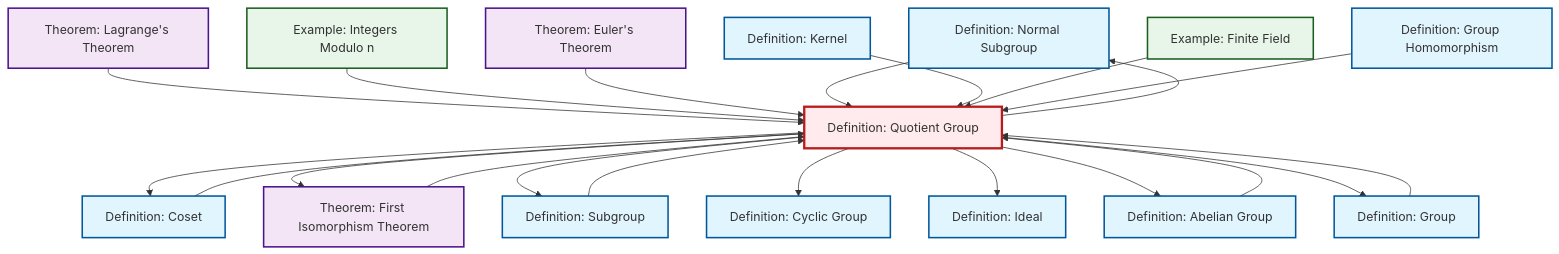
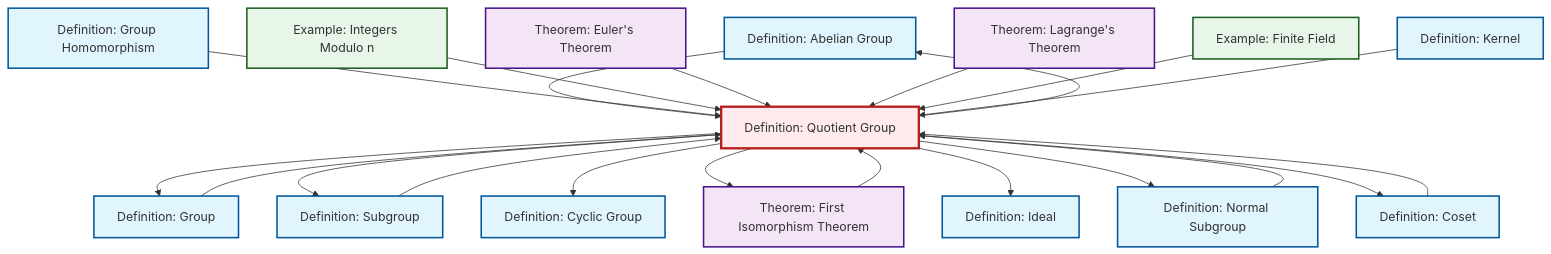
The diagram in content/ja/algebra/def-quotient-group.qmd (RK0429/ModernMath), drawn with Mermaid before and after one commit. The commit also changed other lines of this file and 531 other files, not shown here.

````diff
--- a/content/ja/algebra/def-quotient-group.qmd
+++ b/content/ja/algebra/def-quotient-group.qmd
@@ -143,59 +145,59 @@
 ```{mermaid}
 %%| fig-cap: "Local dependency graph"
 graph TD
     classDef definition fill:#e1f5fe,stroke:#01579b,stroke-width:2px
     classDef theorem fill:#f3e5f5,stroke:#4a148c,stroke-width:2px
     classDef axiom fill:#fff3e0,stroke:#e65100,stroke-width:2px
     classDef example fill:#e8f5e9,stroke:#1b5e20,stroke-width:2px
     classDef current fill:#ffebee,stroke:#b71c1c,stroke-width:3px
+    def-ideal["Definition: Ideal"]:::definition
+    def-abelian-group["Definition: Abelian Group"]:::definition
+    def-cyclic-group["Definition: Cyclic Group"]:::definition
+    ex-finite-field["Example: Finite Field"]:::example
+    def-quotient-group["Definition: Quotient Group"]:::definition
+    def-homomorphism["Definition: Group Homomorphism"]:::definition
+    thm-euler["Theorem: Euler's Theorem"]:::theorem
+    thm-first-isomorphism["Theorem: First Isomorphism Theorem"]:::theorem
+    def-group["Definition: Group"]:::definition
     def-normal-subgroup["Definition: Normal Subgroup"]:::definition
-    thm-first-isomorphism["Theorem: First Isomorphism Theorem"]:::theorem
-    def-kernel["Definition: Kernel"]:::definition
-    def-ideal["Definition: Ideal"]:::definition
-    def-homomorphism["Definition: Group Homomorphism"]:::definition
-    def-coset["Definition: Coset"]:::definition
+    def-subgroup["Definition: Subgroup"]:::definition
     ex-quotient-integers-mod-n["Example: Integers Modulo n"]:::example
     thm-lagrange["Theorem: Lagrange's Theorem"]:::theorem
-    def-quotient-group["Definition: Quotient Group"]:::definition
-    thm-euler["Theorem: Euler's Theorem"]:::theorem
-    def-cyclic-group["Definition: Cyclic Group"]:::definition
-    def-subgroup["Definition: Subgroup"]:::definition
-    def-group["Definition: Group"]:::definition
-    ex-finite-field["Example: Finite Field"]:::example
-    def-abelian-group["Definition: Abelian Group"]:::definition
+    def-coset["Definition: Coset"]:::definition
+    def-kernel["Definition: Kernel"]:::definition
+    def-group --> def-quotient-group
+    def-abelian-group --> def-quotient-group
+    def-coset --> def-quotient-group
+    thm-first-isomorphism --> def-quotient-group
+    def-quotient-group --> def-group
+    def-subgroup --> def-quotient-group
+    def-quotient-group --> def-subgroup
+    def-homomorphism --> def-quotient-group
+    ex-quotient-integers-mod-n --> def-quotient-group
+    thm-euler --> def-quotient-group
+    def-quotient-group --> def-cyclic-group
     thm-lagrange --> def-quotient-group
-    def-subgroup --> def-quotient-group
+    ex-finite-field --> def-quotient-group
+    def-kernel --> def-quotient-group
+    def-quotient-group --> def-abelian-group
+    def-quotient-group --> thm-first-isomorphism
+    def-quotient-group --> def-ideal
+    def-quotient-group --> def-normal-subgroup
     def-quotient-group --> def-coset
-    ex-quotient-integers-mod-n --> def-quotient-group
-    def-quotient-group --> thm-first-isomorphism
-    def-coset --> def-quotient-group
-    thm-euler --> def-quotient-group
-    def-quotient-group --> def-subgroup
-    def-quotient-group --> def-normal-subgroup
-    def-quotient-group --> def-cyclic-group
     def-normal-subgroup --> def-quotient-group
-    def-kernel --> def-quotient-group
-    def-group --> def-quotient-group
-    ex-finite-field --> def-quotient-group
-    def-abelian-group --> def-quotient-group
-    def-quotient-group --> def-ideal
-    thm-first-isomorphism --> def-quotient-group
-    def-quotient-group --> def-abelian-group
-    def-quotient-group --> def-group
-    def-homomorphism --> def-quotient-group
     class def-quotient-group current
+    click def-ideal "def-ideal.html" "Definition: Idealへ"
+    click def-abelian-group "def-abelian-group.html" "Definition: Abelian Groupへ"
+    click def-cyclic-group "def-cyclic-group.html" "Definition: Cyclic Groupへ"
+    click ex-finite-field "ex-finite-field.html" "Example: Finite Fieldへ"
+    click def-homomorphism "def-homomorphism.html" "Definition: Group Homomorphismへ"
+    click thm-euler "thm-euler.html" "Theorem: Euler's Theoremへ"
+    click thm-first-isomorphism "thm-first-isomorphism.html" "Theorem: First Isomorphism Theoremへ"
+    click def-group "def-group.html" "Definition: Groupへ"
     click def-normal-subgroup "def-normal-subgroup.html" "Definition: Normal Subgroupへ"
-    click thm-first-isomorphism "thm-first-isomorphism.html" "Theorem: First Isomorphism Theoremへ"
-    click def-kernel "def-kernel.html" "Definition: Kernelへ"
-    click def-ideal "def-ideal.html" "Definition: Idealへ"
-    click def-homomorphism "def-homomorphism.html" "Definition: Group Homomorphismへ"
-    click def-coset "def-coset.html" "Definition: Cosetへ"
+    click def-subgroup "def-subgroup.html" "Definition: Subgroupへ"
     click ex-quotient-integers-mod-n "ex-quotient-integers-mod-n.html" "Example: Integers Modulo nへ"
     click thm-lagrange "thm-lagrange.html" "Theorem: Lagrange's Theoremへ"
-    click thm-euler "thm-euler.html" "Theorem: Euler's Theoremへ"
-    click def-cyclic-group "def-cyclic-group.html" "Definition: Cyclic Groupへ"
-    click def-subgroup "def-subgroup.html" "Definition: Subgroupへ"
-    click def-group "def-group.html" "Definition: Groupへ"
-    click ex-finite-field "ex-finite-field.html" "Example: Finite Fieldへ"
-    click def-abelian-group "def-abelian-group.html" "Definition: Abelian Groupへ"
+    click def-coset "def-coset.html" "Definition: Cosetへ"
+    click def-kernel "def-kernel.html" "Definition: Kernelへ"
 ```
````
